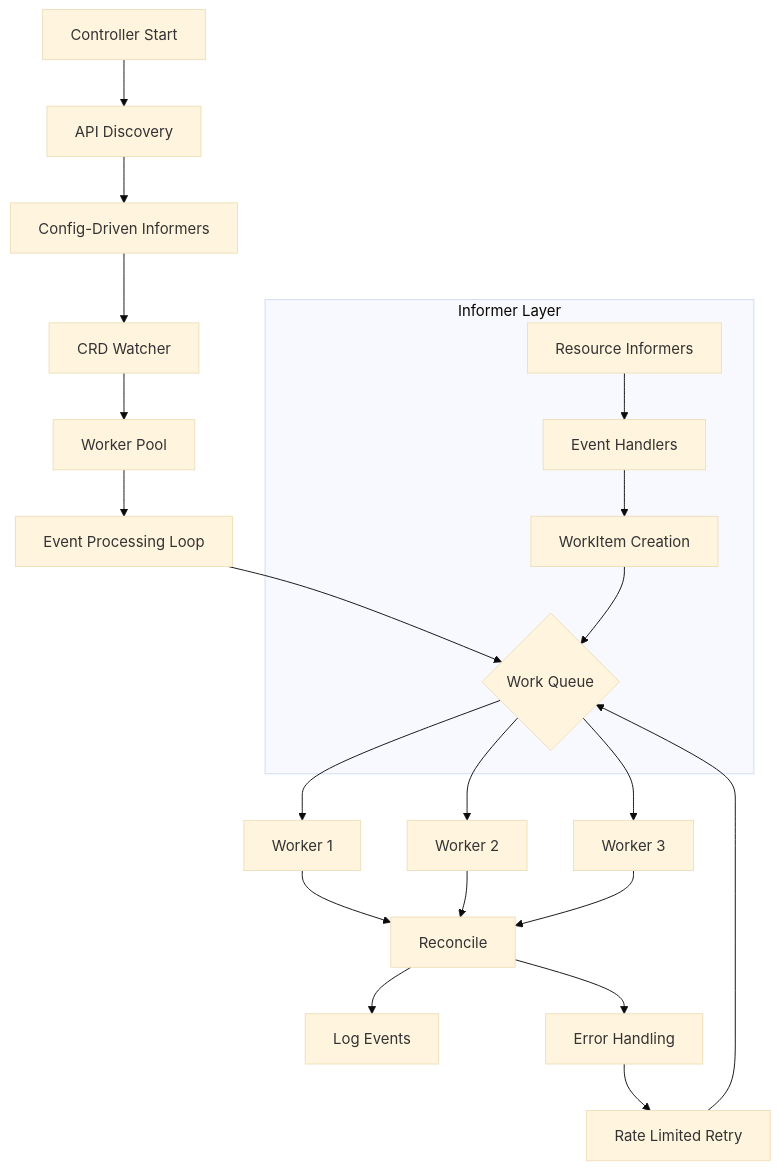
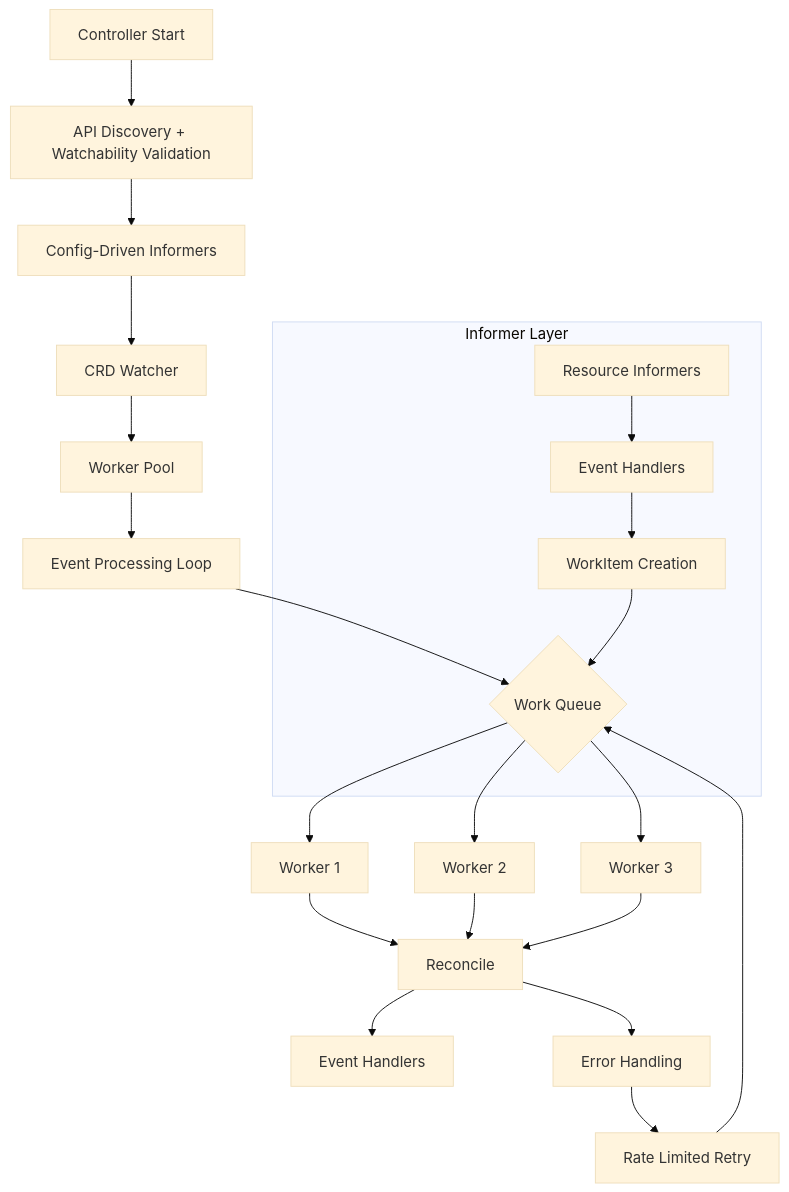
One commit to T0MASD/faro changed the first of 8 diagrams in docs/components/controller.md. Above: the diagram before and after it, drawn with Mermaid (base theme). The commit also changed other lines of this file and 3 other files, not shown here.

````diff
--- a/docs/components/controller.md
+++ b/docs/components/controller.md
@@ -40,28 +68,28 @@
 ```mermaid
 graph TD
-    A[Controller Start] --> B[API Discovery]
+    A[Controller Start] --> B[API Discovery + Watchability Validation]
     B --> C[Config-Driven Informers]
     C --> D[CRD Watcher]
     D --> E[Worker Pool]
     
     E --> F[Event Processing Loop]
     F --> G{Work Queue}
     G --> H[Worker 1]
     G --> I[Worker 2] 
     G --> J[Worker 3]
     
     H --> K[Reconcile]
     I --> K
     J --> K
     
-    K --> L[Log Events]
+    K --> L[Event Handlers]
     K --> M[Error Handling]
     M --> N[Rate Limited Retry]
     N --> G
     
     subgraph "Informer Layer"
         O[Resource Informers] --> P[Event Handlers]
         P --> Q[WorkItem Creation]
         Q --> G
     end
 ```
````
